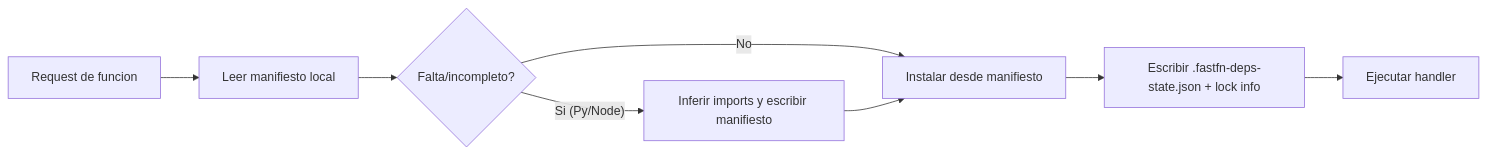
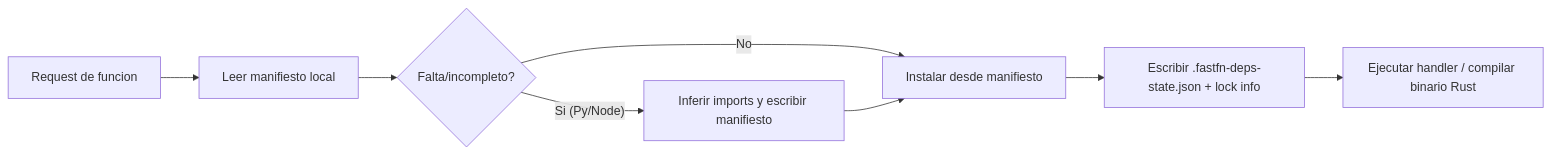
Before and after one commit to misaelzapata/fastfn: the first of 2 diagrams in docs/es/referencia/especificacion-funciones.md, drawn with Mermaid. The commit also changed other lines of this file and 47 other files, not shown here.

````diff
--- a/docs/es/referencia/especificacion-funciones.md
+++ b/docs/es/referencia/especificacion-funciones.md
@@ -361,10 +472,10 @@
 ```mermaid
 flowchart LR
   A["Request de funcion"] --> B["Leer manifiesto local"]
   B --> C{"Falta/incompleto?"}
   C -- "No" --> D["Instalar desde manifiesto"]
   C -- "Si (Py/Node)" --> E["Inferir imports y escribir manifiesto"]
   E --> D
   D --> F["Escribir .fastfn-deps-state.json + lock info"]
-  F --> G["Ejecutar handler"]
+  F --> G["Ejecutar handler / compilar binario Rust"]
 ```
````
